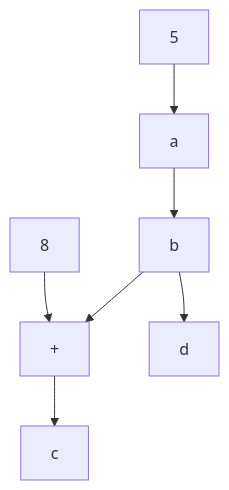
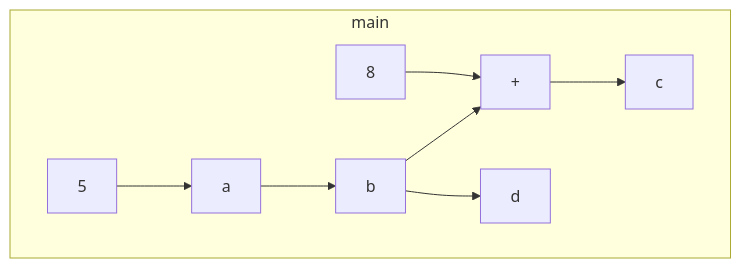
The diagram in app/src/test/resources/base/truth.md (gstiebler/codeflow), drawn with Mermaid before and after one commit. The commit also changed 11 other files, not shown here.

````diff
--- a/app/src/test/resources/base/truth.md
+++ b/app/src/test/resources/base/truth.md
@@ -1,9 +1,11 @@
 ```mermaid
 flowchart TD
+  subgraph main
     1[a] --> 3[b]
     2[5] --> 1[a]
     3[b] --> 6[+]
     3[b] --> 7[d]
     5[8] --> 6[+]
     6[+] --> 4[c]
+  end
 ```
````
